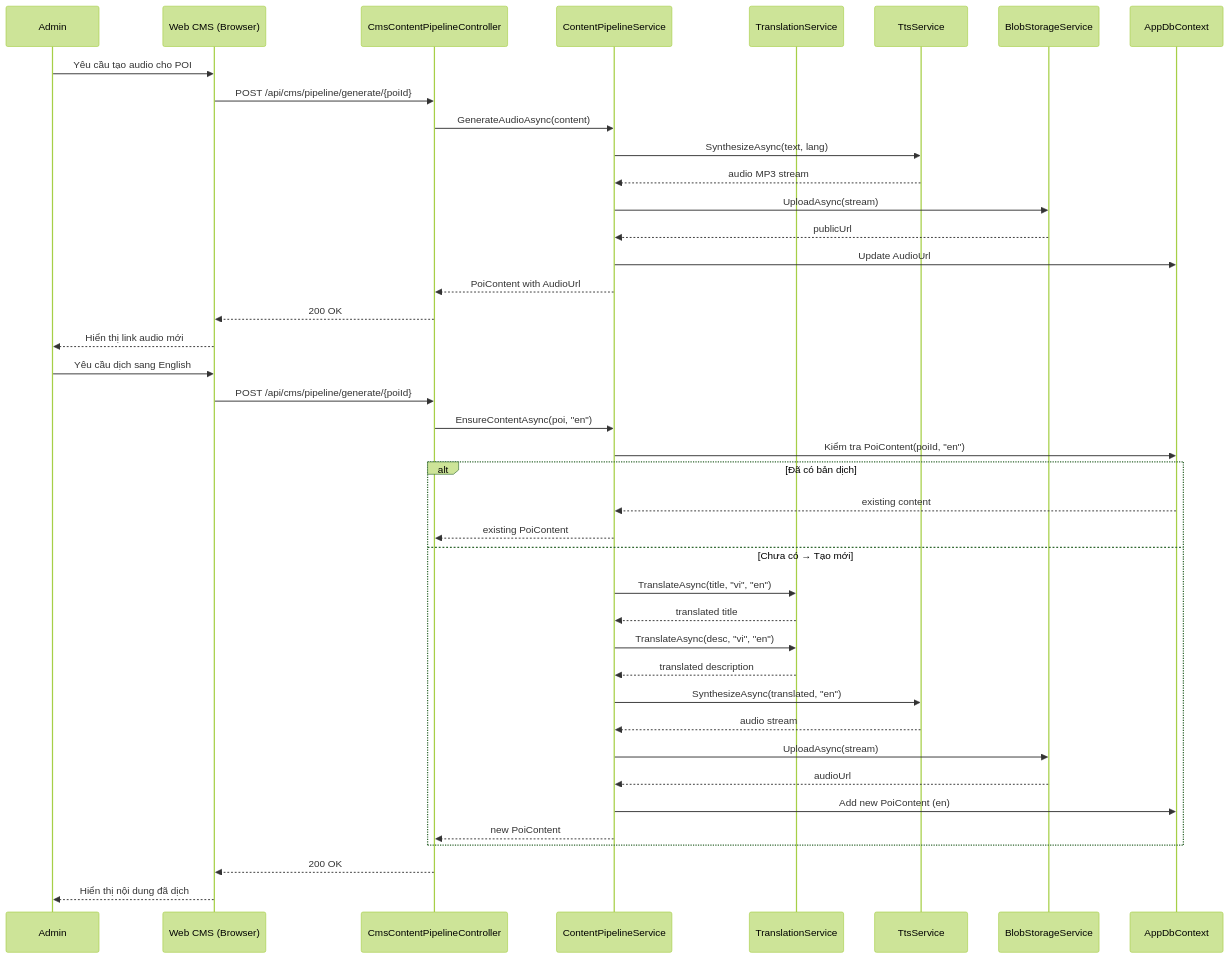
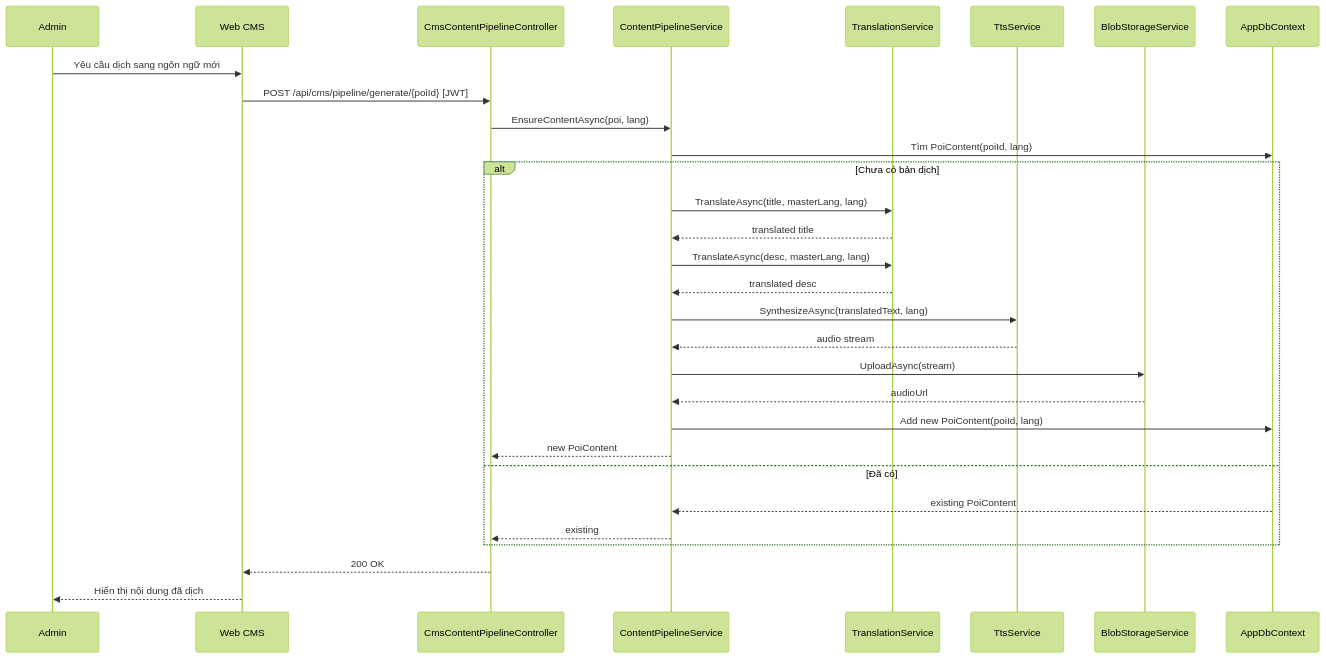
Before and after one commit to quynhtien1977/AudioGo: diagram 32 of 58 in PRD.md, drawn with Mermaid (forest theme). The commit also changed other lines of this file, not shown here.

````diff
--- a/PRD.md
+++ b/PRD.md
@@ -1188,47 +1497,35 @@
 ```mermaid
 sequenceDiagram
     participant Admin
-    participant CMS as Web CMS (Browser)
+    participant CMS as Web CMS
     participant PipeCtrl as CmsContentPipelineController
     participant Pipeline as ContentPipelineService
     participant Trans as TranslationService
     participant TTS as TtsService
     participant Blob as BlobStorageService
     participant DB as AppDbContext
 
-    Admin ->> CMS: Yêu cầu tạo audio cho POI
-    CMS ->> PipeCtrl: POST /api/cms/pipeline/generate/{poiId}
-    PipeCtrl ->> Pipeline: GenerateAudioAsync(content)
-    Pipeline ->> TTS: SynthesizeAsync(text, lang)
-    TTS -->> Pipeline: audio MP3 stream
-    Pipeline ->> Blob: UploadAsync(stream)
-    Blob -->> Pipeline: publicUrl
-    Pipeline ->> DB: Update AudioUrl
-    Pipeline -->> PipeCtrl: PoiContent with AudioUrl
-    PipeCtrl -->> CMS: 200 OK
-    CMS -->> Admin: Hiển thị link audio mới
+    Admin ->> CMS: Yêu cầu dịch sang ngôn ngữ mới
+    CMS ->> PipeCtrl: POST /api/cms/pipeline/generate/{poiId} [JWT]
+    PipeCtrl ->> Pipeline: EnsureContentAsync(poi, lang)
+    Pipeline ->> DB: Tìm PoiContent(poiId, lang)
 
-    Admin ->> CMS: Yêu cầu dịch sang English
-    CMS ->> PipeCtrl: POST /api/cms/pipeline/generate/{poiId}
-    PipeCtrl ->> Pipeline: EnsureContentAsync(poi, "en")
-    Pipeline ->> DB: Kiểm tra PoiContent(poiId, "en")
-
-    alt Đã có bản dịch
-        DB -->> Pipeline: existing content
-        Pipeline -->> PipeCtrl: existing PoiContent
-    else Chưa có → Tạo mới
-        Pipeline ->> Trans: TranslateAsync(title, "vi", "en")
+    alt Chưa có bản dịch
+        Pipeline ->> Trans: TranslateAsync(title, masterLang, lang)
         Trans -->> Pipeline: translated title
-        Pipeline ->> Trans: TranslateAsync(desc, "vi", "en")
-        Trans -->> Pipeline: translated description
-        Pipeline ->> TTS: SynthesizeAsync(translated, "en")
+        Pipeline ->> Trans: TranslateAsync(desc, masterLang, lang)
+        Trans -->> Pipeline: translated desc
+        Pipeline ->> TTS: SynthesizeAsync(translatedText, lang)
         TTS -->> Pipeline: audio stream
         Pipeline ->> Blob: UploadAsync(stream)
         Blob -->> Pipeline: audioUrl
-        Pipeline ->> DB: Add new PoiContent (en)
+        Pipeline ->> DB: Add new PoiContent(poiId, lang)
         Pipeline -->> PipeCtrl: new PoiContent
+    else Đã có
+        DB -->> Pipeline: existing PoiContent
+        Pipeline -->> PipeCtrl: existing
     end
 
     PipeCtrl -->> CMS: 200 OK
     CMS -->> Admin: Hiển thị nội dung đã dịch
 ```
````
